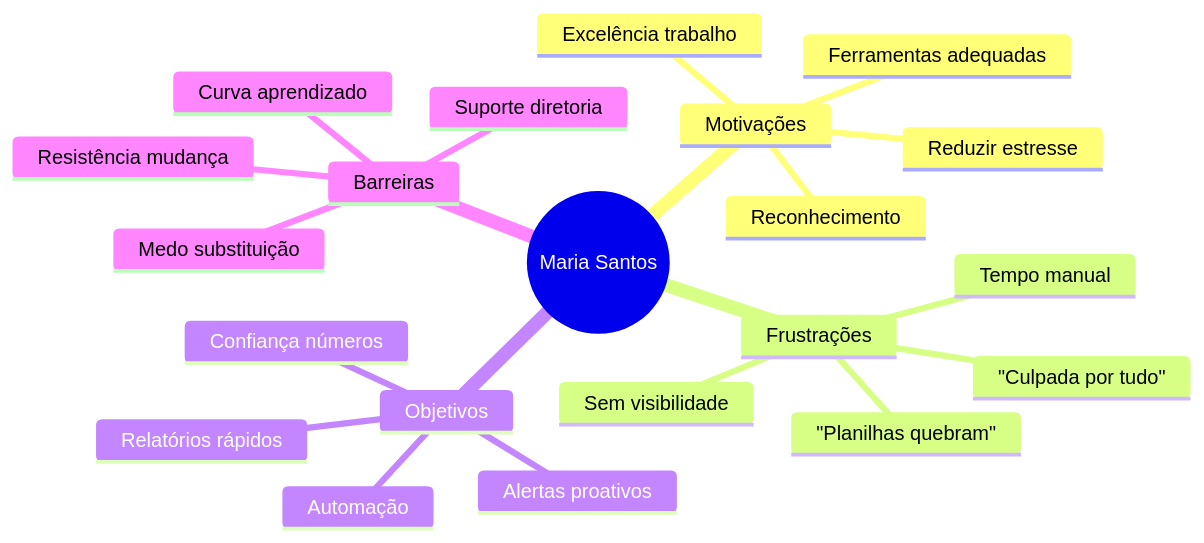
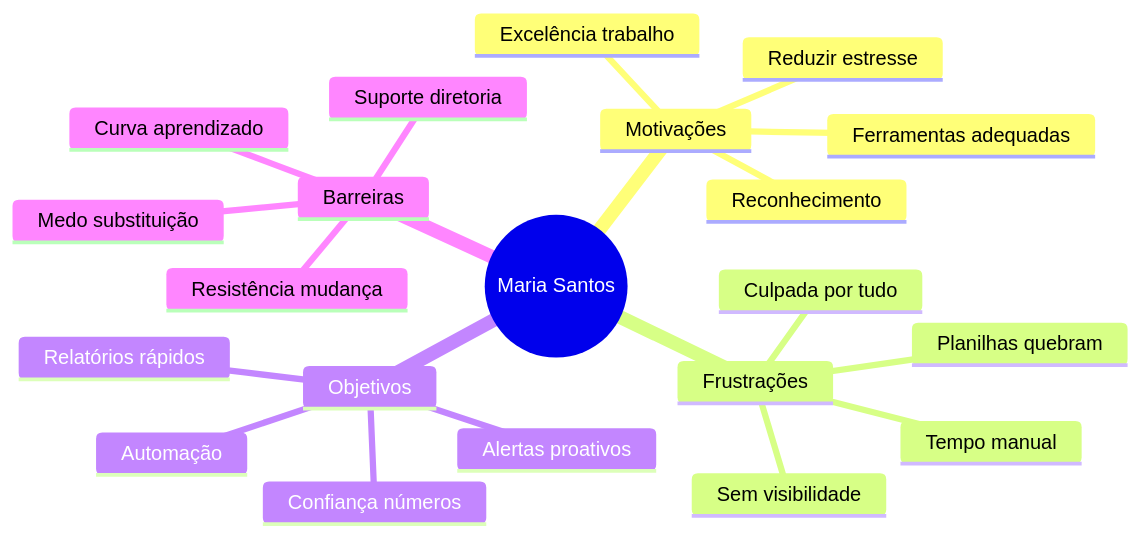
Before and after one commit to matheusmendes720/workconnect-tcc: the sixth of 11 diagrams in documentation/docs/estrategia/personas.mdx, drawn with Mermaid. The commit also changed other lines of this file and 16 other files, not shown here.

````diff
--- a/documentation/docs/estrategia/personas.mdx
+++ b/documentation/docs/estrategia/personas.mdx
@@ -166,24 +193,24 @@
 ```mermaid
 mindmap
   root((Maria Santos))
     Motivações
       Excelência trabalho
       Ferramentas adequadas
       Reconhecimento
       Reduzir estresse
     Frustrações
-      "Planilhas quebram"
+      Planilhas quebram
       Tempo manual
-      "Culpada por tudo"
+      Culpada por tudo
       Sem visibilidade
     Objetivos
       Automação
       Alertas proativos
       Relatórios rápidos
       Confiança números
     Barreiras
       Medo substituição
       Resistência mudança
       Suporte diretoria
       Curva aprendizado
 ```
````
